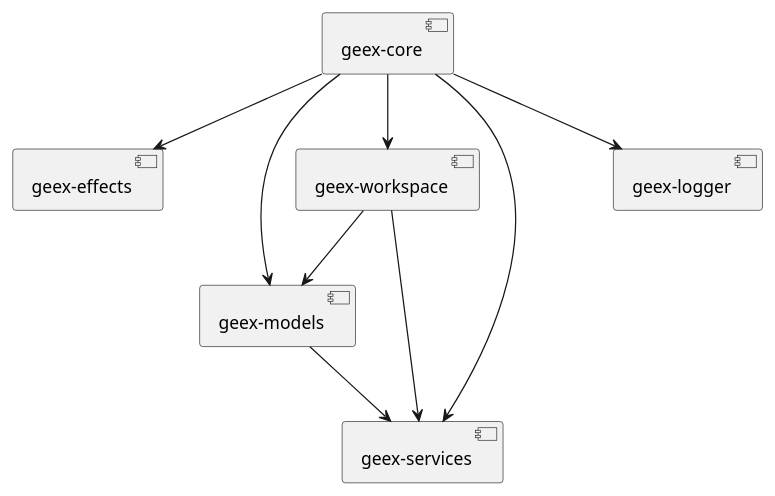
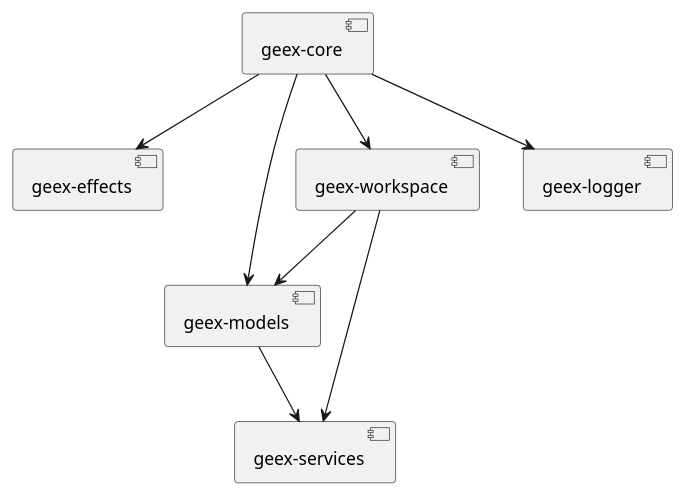
Before and after one commit to ProgrammingLife2015/geex: the diagram in src/site/diagrams/modules.puml, drawn with PlantUML. The commit also changed 1 other file, not shown here.

Commit message:
Remove dependecy on geex-services in geex-core

```diff
--- a/src/site/diagrams/modules.puml
+++ b/src/site/diagrams/modules.puml
@@ -1,14 +1,13 @@
 @startuml
 
 [geex-core] --> [geex-effects]
 [geex-core] --> [geex-workspace]
 [geex-core] --> [geex-models]
-[geex-core] --> [geex-services]
 [geex-core] --> [geex-logger]
 
 [geex-models] --> [geex-services]
 
 [geex-workspace] --> [geex-models]
 [geex-workspace] --> [geex-services]
 
 @enduml
```
